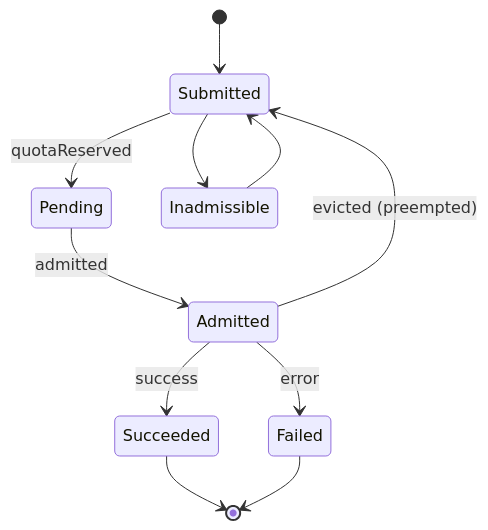
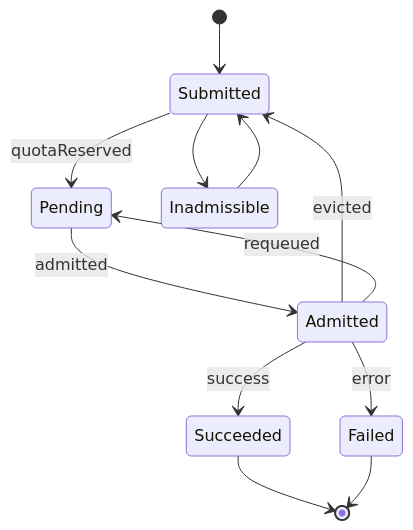
Before and after one commit to aai-institute/jobq: the diagram in architecture/kueue-workload-lifecycle.md, drawn with Mermaid. The commit also changed other lines of this file, not shown here.

````diff
--- a/architecture/kueue-workload-lifecycle.md
+++ b/architecture/kueue-workload-lifecycle.md
@@ -5,18 +5,18 @@
 ```mermaid
 stateDiagram-v2
     [*] --> Submitted
 
     Submitted --> Pending: quotaReserved
     Submitted --> Inadmissible
     Inadmissible --> Submitted
-    
+
     Pending --> Admitted: admitted
 
     Admitted --> Succeeded: success
     Admitted --> Failed: error
 
-    Admitted --> Submitted: evicted (preempted)
-
+    Admitted --> Submitted: evicted
+    Admitted --> Pending: requeued
     Succeeded --> [*]
     Failed --> [*]
 ```
````
